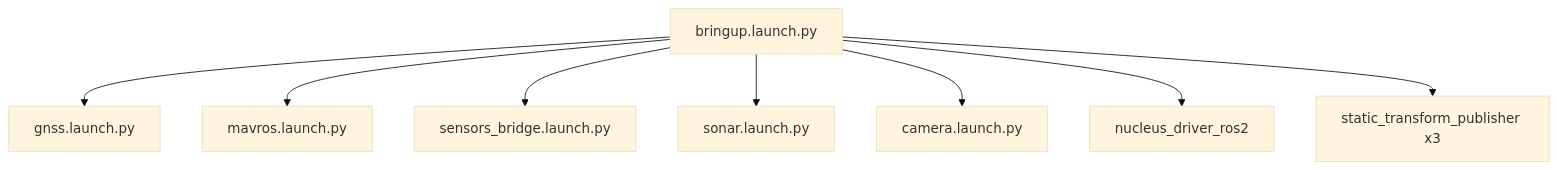
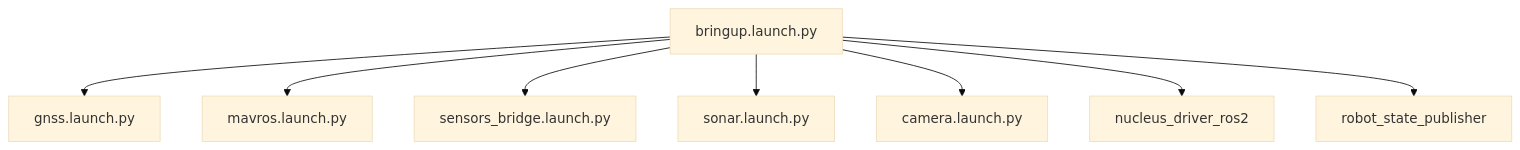
One commit to PinchyFamily/mr_pinchy_bringup changed the diagram in README.md. Above: the diagram before and after it, drawn with Mermaid (base theme). The commit also changed other lines of this file and 4 other files, not shown here.

````diff
--- a/README.md
+++ b/README.md
@@ -38,11 +38,11 @@
 ```mermaid
 flowchart TD
     bringup[bringup.launch.py]
     bringup --> gnss[gnss.launch.py]
     bringup --> mavros[mavros.launch.py]
     bringup --> bridges[sensors_bridge.launch.py]
     bringup --> sonar[sonar.launch.py]
     bringup --> camera[camera.launch.py]
     bringup --> nucleusExt[nucleus_driver_ros2]
-    bringup --> staticTF["static_transform_publisher x3"]
+    bringup --> rsp["robot_state_publisher"]
 ```
````
